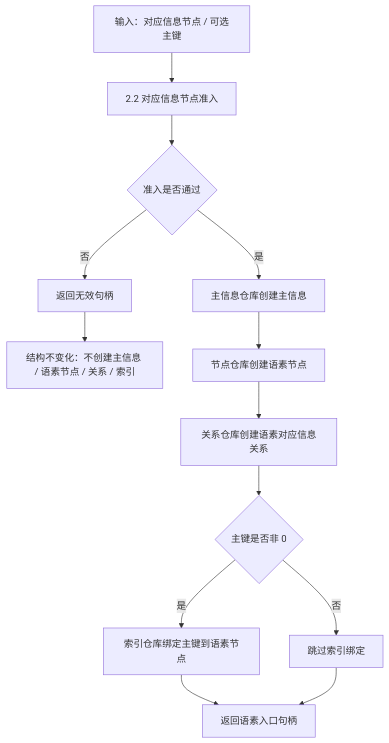
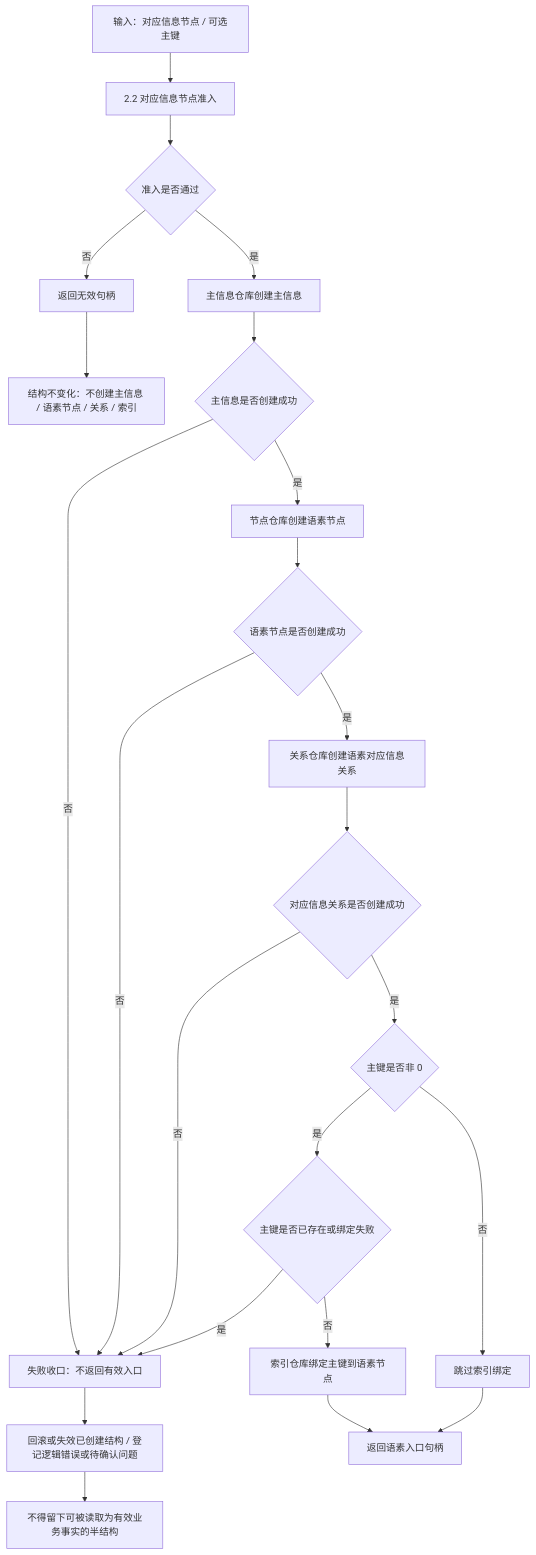
One commit to chunhaizh-cyber/HY-Ego changed the diagram in 流程图/20260708_语素入口创建子流程图_v0.1.md. Above: the diagram before and after it, drawn with Mermaid. The commit also changed other lines of this file and 13 other files, not shown here.

Commit message:
小修语素入口材料流程图

````diff
--- a/流程图/20260708_语素入口创建子流程图_v0.1.md
+++ b/流程图/20260708_语素入口创建子流程图_v0.1.md
@@ -18,15 +18,25 @@
 ```mermaid
 flowchart TD
     A["输入：对应信息节点 / 可选主键"] --> B["2.2 对应信息节点准入"]
     B --> C{"准入是否通过"}
     C -- "否" --> R["返回无效句柄"]
     R --> R1["结构不变化：不创建主信息 / 语素节点 / 关系 / 索引"]
     C -- "是" --> D["主信息仓库创建主信息"]
-    D --> E["节点仓库创建语素节点"]
-    E --> F["关系仓库创建语素对应信息关系"]
-    F --> G{"主键是否非 0"}
-    G -- "是" --> H["索引仓库绑定主键到语素节点"]
+    D --> D1{"主信息是否创建成功"}
+    D1 -- "否" --> Z["失败收口：不返回有效入口"]
+    D1 -- "是" --> E["节点仓库创建语素节点"]
+    E --> E1{"语素节点是否创建成功"}
+    E1 -- "否" --> Z
+    E1 -- "是" --> F["关系仓库创建语素对应信息关系"]
+    F --> F1{"对应信息关系是否创建成功"}
+    F1 -- "否" --> Z
+    F1 -- "是" --> G{"主键是否非 0"}
+    G -- "是" --> H{"主键是否已存在或绑定失败"}
+    H -- "是" --> Z
+    H -- "否" --> H1["索引仓库绑定主键到语素节点"]
     G -- "否" --> I["跳过索引绑定"]
-    H --> S["返回语素入口句柄"]
+    H1 --> S["返回语素入口句柄"]
     I --> S
+    Z --> Z1["回滚或失效已创建结构 / 登记逻辑错误或待确认问题"]
+    Z1 --> Z2["不得留下可被读取为有效业务事实的半结构"]
 ```
````
